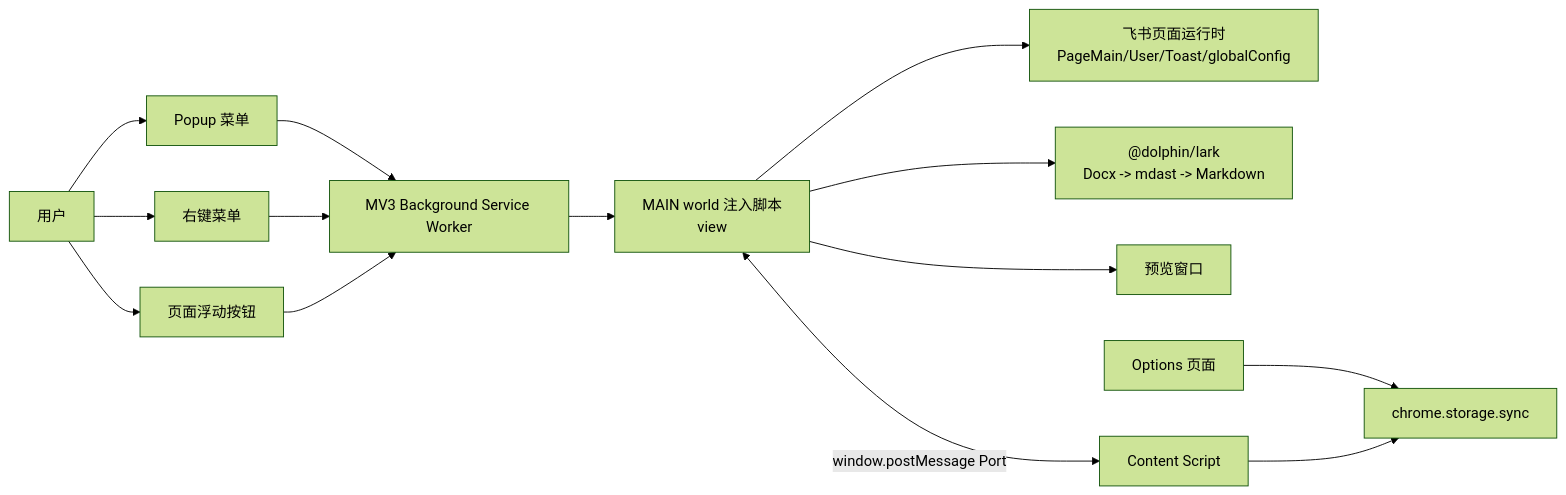
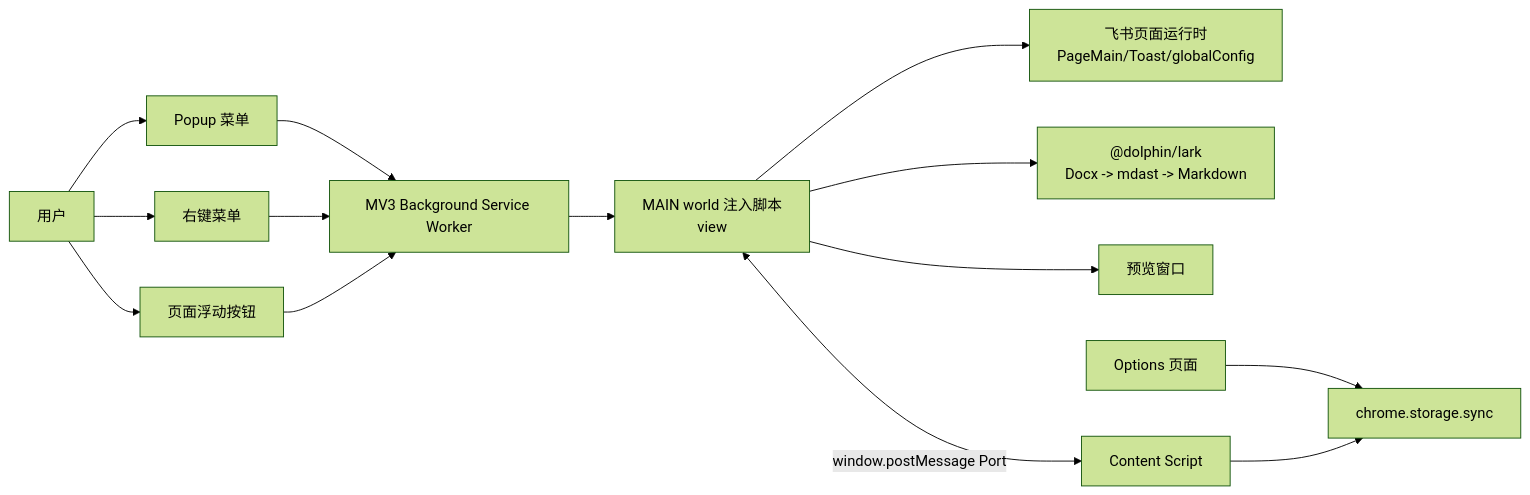
The first of 3 diagrams in docs/architecture-design.md (zhangpengfei-xyz/cloud-document-converter), drawn with Mermaid (forest theme) before and after one commit. The commit also changed other lines of this file and 28 other files, not shown here.

````diff
--- a/docs/architecture-design.md
+++ b/docs/architecture-design.md
@@ -33,19 +33,19 @@
 ```mermaid
 flowchart LR
   User["用户"] --> Popup["Popup 菜单"]
   User --> ContextMenu["右键菜单"]
   User --> FloatingButtons["页面浮动按钮"]
 
   Popup --> Background["MV3 Background Service Worker"]
   ContextMenu --> Background
   FloatingButtons --> Background
 
   Background --> InjectedScripts["MAIN world 注入脚本<br/>view"]
-  InjectedScripts --> LarkRuntime["飞书页面运行时<br/>PageMain/User/Toast/globalConfig"]
+  InjectedScripts --> LarkRuntime["飞书页面运行时<br/>PageMain/Toast/globalConfig"]
   InjectedScripts --> LarkPackage["@dolphin/lark<br/>Docx -> mdast -> Markdown"]
   InjectedScripts --> Output["预览窗口"]
 
   Options["Options 页面"] --> Storage["chrome.storage.sync"]
   InjectedScripts <-->|window.postMessage Port| Content["Content Script"]
   Content --> Storage
 ```
````
